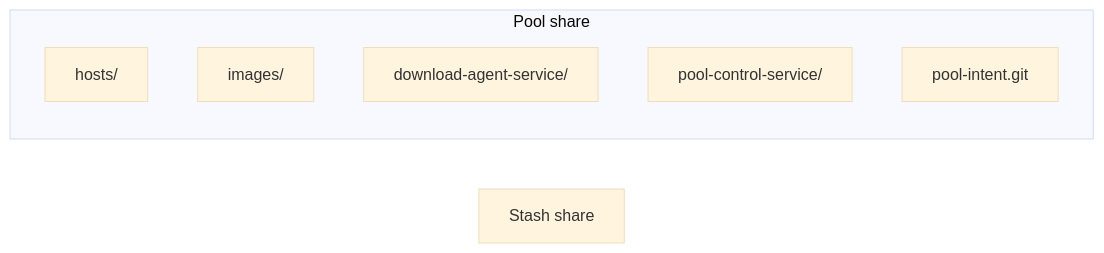
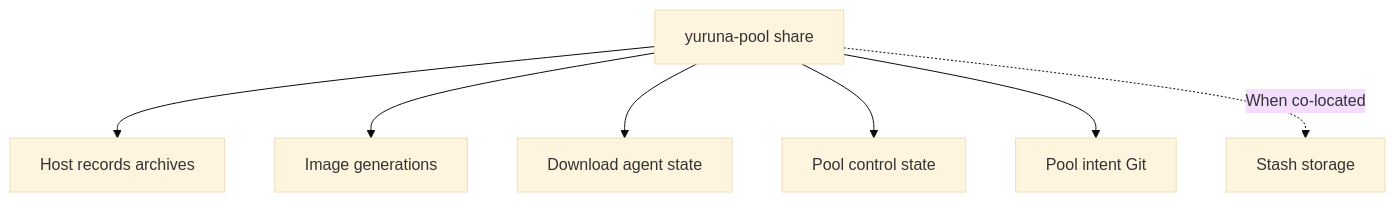
Before and after one commit to alissonsol/yuruna: the sixth of 6 diagrams in docs/design/03-data-flows.md, drawn with Mermaid (base theme). The commit also changed other lines of this file and 763 other files, not shown here.

````diff
--- a/docs/design/03-data-flows.md
+++ b/docs/design/03-data-flows.md
@@ -221,12 +193,17 @@
 ```mermaid
-flowchart LR
-    subgraph pool-share["Pool share"]
-        direction TB
-        hosts["hosts/"]
-        images["images/"]
-        download-agent-service["download-agent-service/"]
-        pool-control-service["pool-control-service/"]
-        pool-intent-git["pool-intent.git"]
-    end
-    stash-share["Stash share"]
+flowchart TB
+    yuruna-pool["yuruna-pool share"]
+    hosts["Host records archives"]
+    images["Image generations"]
+    download-agent-service["Download agent state"]
+    pool-control-service["Pool control state"]
+    pool-intent-git["Pool intent Git"]
+    stash["Stash storage"]
+    yuruna-pool --> hosts
+    yuruna-pool --> images
+    yuruna-pool --> download-agent-service
+    yuruna-pool --> pool-control-service
+    yuruna-pool --> pool-intent-git
+    %% optional: stash storage can use a different share
+    yuruna-pool -. "When co-located" .-> stash
 ```
````
